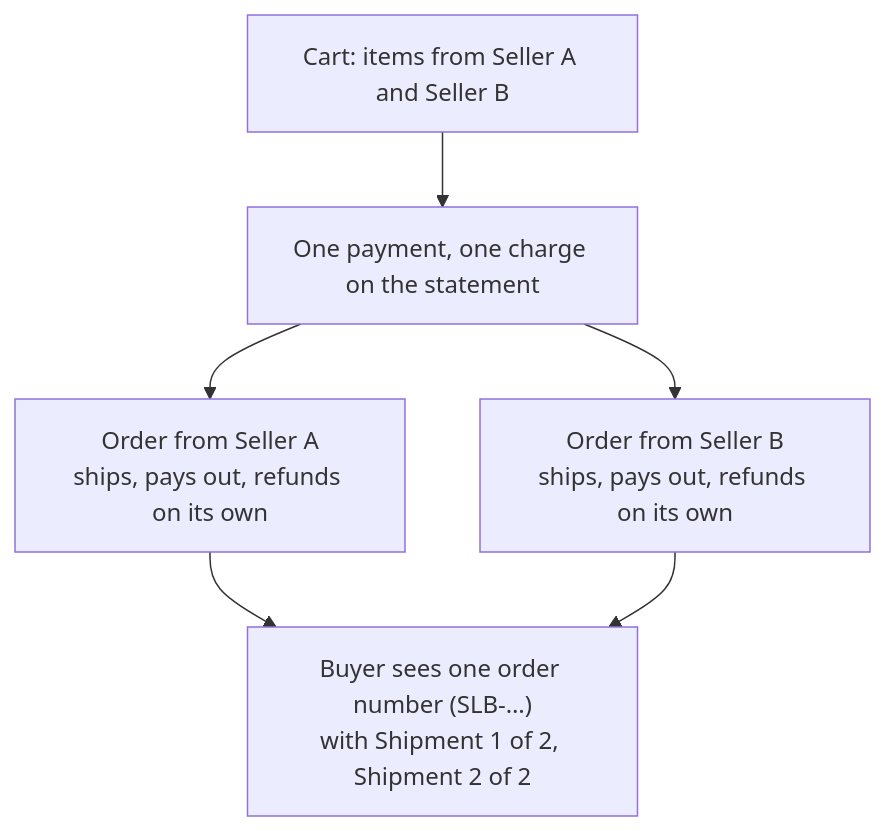
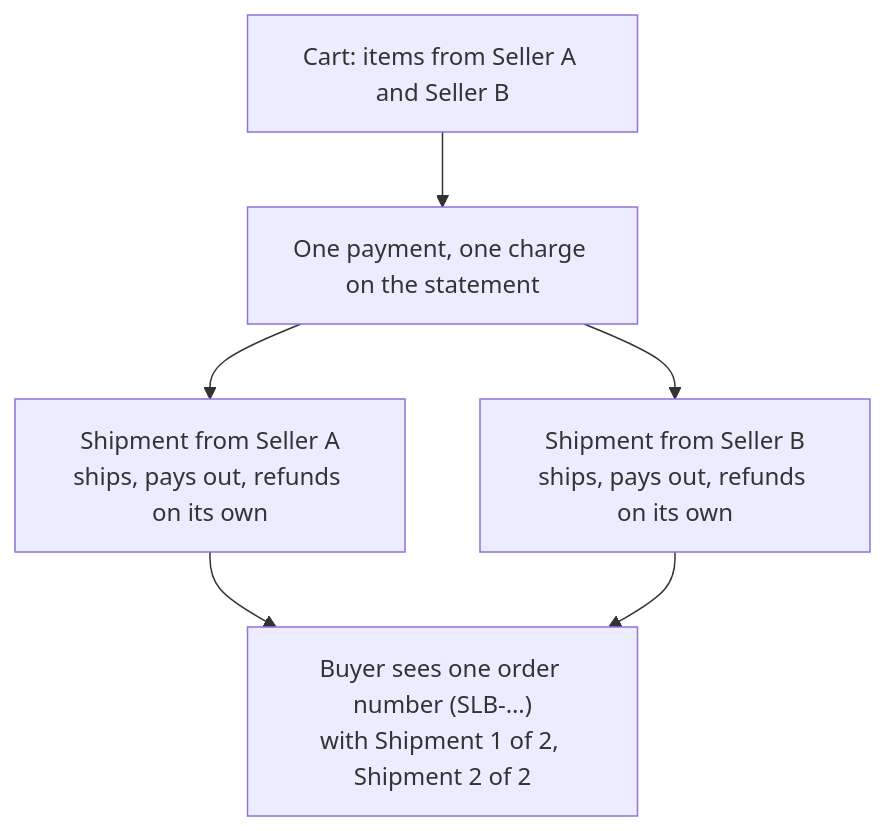
One commit to jamespotash0/juspay-prototype changed the fifth of 8 diagrams in README.md. Above: the diagram before and after it, drawn with Mermaid. The commit also changed other lines of this file, not shown here.

Commit message:
README: a multi-seller cart is one order with a shipment per seller, not an order per seller

````diff
--- a/README.md
+++ b/README.md
@@ -207,8 +207,8 @@
 ```mermaid
 flowchart TD
   CART["Cart: items from Seller A and Seller B"] --> PAY["One payment, one charge on the statement"]
-  PAY --> OA["Order from Seller A<br/>ships, pays out, refunds on its own"]
-  PAY --> OB["Order from Seller B<br/>ships, pays out, refunds on its own"]
+  PAY --> OA["Shipment from Seller A<br/>ships, pays out, refunds on its own"]
+  PAY --> OB["Shipment from Seller B<br/>ships, pays out, refunds on its own"]
   OA --> NUM["Buyer sees one order number (SLB-…)<br/>with Shipment 1 of 2, Shipment 2 of 2"]
   OB --> NUM
 ```
````
